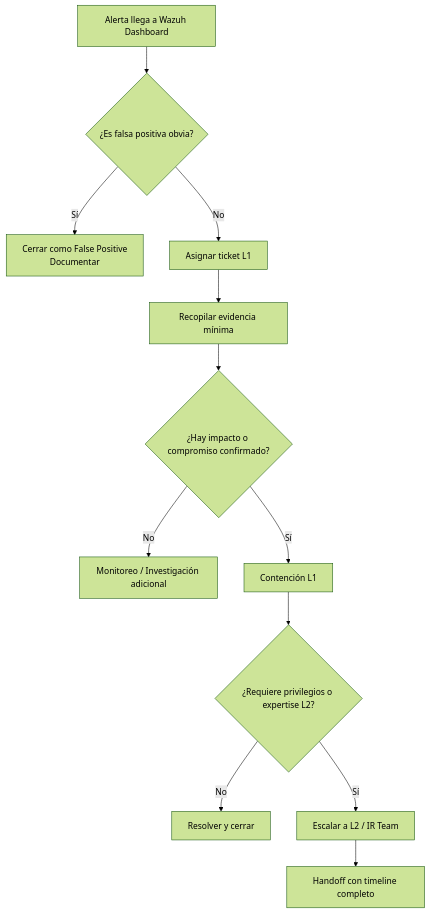
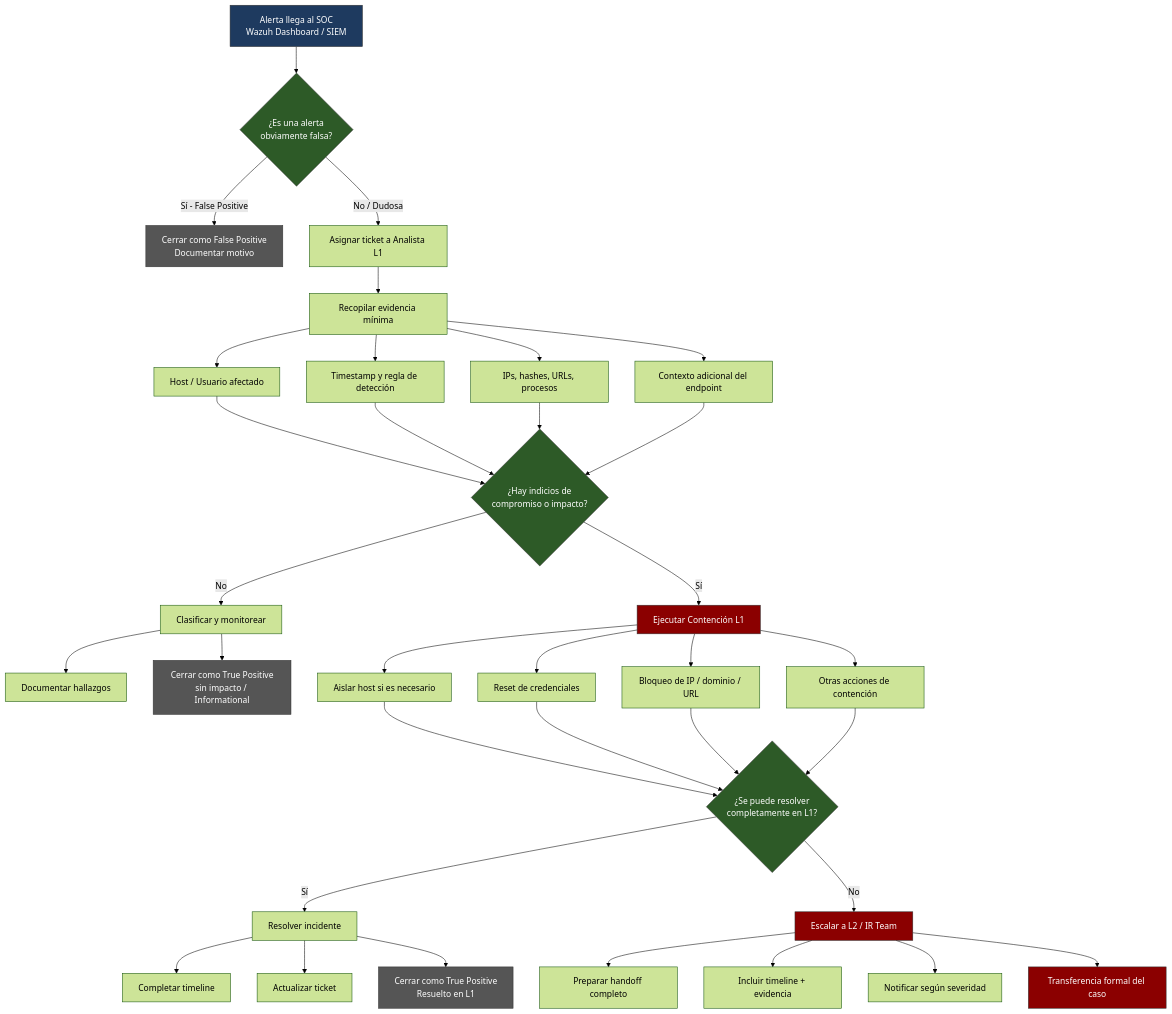
Before and after one commit to CristianBarrientos37/soc-l1-incident-response-playbooks: the diagram in diagrams/flujo-general-triaje.mmd, drawn with Mermaid (forest theme).

Commit message:
actualizacion diagrama flujo general

```diff
--- a/diagrams/flujo-general-triaje.mmd
+++ b/diagrams/flujo-general-triaje.mmd
@@ -1,12 +1,47 @@
 flowchart TD
-    A[Alerta llega a Wazuh Dashboard] --> B{¿Es falsa positiva obvia?}
-    B -->|Sí| C[Cerrar como False Positive<br/>Documentar]
-    B -->|No| D[Asignar ticket L1]
+    A[Alerta llega al SOC<br/>Wazuh Dashboard / SIEM] --> B{¿Es una alerta<br/>obviamente falsa?}
+    
+    B -->|Sí - False Positive| C[Cerrar como False Positive<br/>Documentar motivo]
+    B -->|No / Dudosa| D[Asignar ticket a Analista L1]
+    
     D --> E[Recopilar evidencia mínima]
-    E --> F{¿Hay impacto o compromiso confirmado?}
-    F -->|No| G[Monitoreo / Investigación adicional]
-    F -->|Sí| H[Contención L1]
-    H --> I{¿Requiere privilegios o expertise L2?}
-    I -->|No| J[Resolver y cerrar]
-    I -->|Sí| K[Escalar a L2 / IR Team]
-    K --> L[Handoff con timeline completo]
+    E --> E1[Host / Usuario afectado]
+    E --> E2[Timestamp y regla de detección]
+    E --> E3[IPs, hashes, URLs, procesos]
+    E --> E4[Contexto adicional del endpoint]
+    
+    E1 & E2 & E3 & E4 --> F{¿Hay indicios de<br/>compromiso o impacto?}
+    
+    F -->|No| G[Clasificar y monitorear]
+    G --> G1[Documentar hallazgos]
+    G --> G2[Cerrar como True Positive<br/>sin impacto / Informational]
+    
+    F -->|Sí| H[Ejecutar Contención L1]
+    H --> H1[Aislar host si es necesario]
+    H --> H2[Reset de credenciales]
+    H --> H3[Bloqueo de IP / dominio / URL]
+    H --> H4[Otras acciones de contención]
+    
+    H1 & H2 & H3 & H4 --> I{¿Se puede resolver<br/>completamente en L1?}
+    
+    I -->|Sí| J[Resolver incidente]
+    J --> J1[Completar timeline]
+    J --> J2[Actualizar ticket]
+    J --> J3[Cerrar como True Positive<br/>Resuelto en L1]
+    
+    I -->|No| K[Escalar a L2 / IR Team]
+    K --> K1[Preparar handoff completo]
+    K --> K2[Incluir timeline + evidencia]
+    K --> K3[Notificar según severidad]
+    K --> L[Transferencia formal del caso]
+    
+    style A fill:#1e3a5f,stroke:#333,color:#fff
+    style B fill:#2d5a27,stroke:#333,color:#fff
+    style F fill:#2d5a27,stroke:#333,color:#fff
+    style I fill:#2d5a27,stroke:#333,color:#fff
+    style H fill:#8b0000,stroke:#333,color:#fff
+    style K fill:#8b0000,stroke:#333,color:#fff
+    style L fill:#8b0000,stroke:#333,color:#fff
+    style C fill:#555,stroke:#333,color:#fff
+    style G2 fill:#555,stroke:#333,color:#fff
+    style J3 fill:#555,stroke:#333,color:#fff
```
